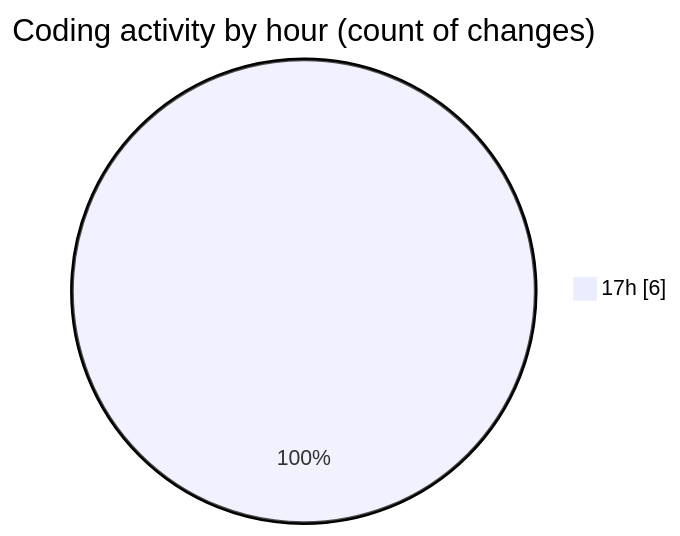
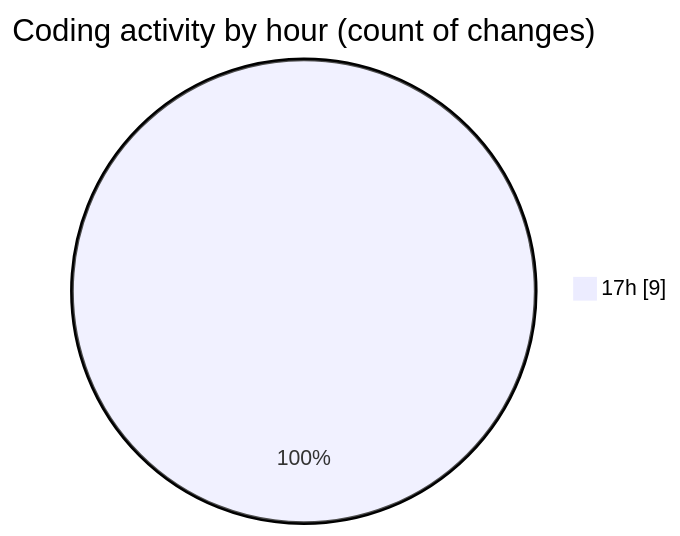
One commit to robertbonfada/code-tracking changed the second of 2 diagrams in 2025-02-08/termonied-web/README.md. Above: the diagram before and after it, drawn with Mermaid. The commit also changed other lines of this file and 1 other file, not shown here.

````diff
--- a/2025-02-08/termonied-web/README.md
+++ b/2025-02-08/termonied-web/README.md
@@ -30,5 +31,5 @@
 ```mermaid
 pie showData
 title Coding activity by hour (count of changes)
-"17h" : 6
+"17h" : 9
 ```
````
